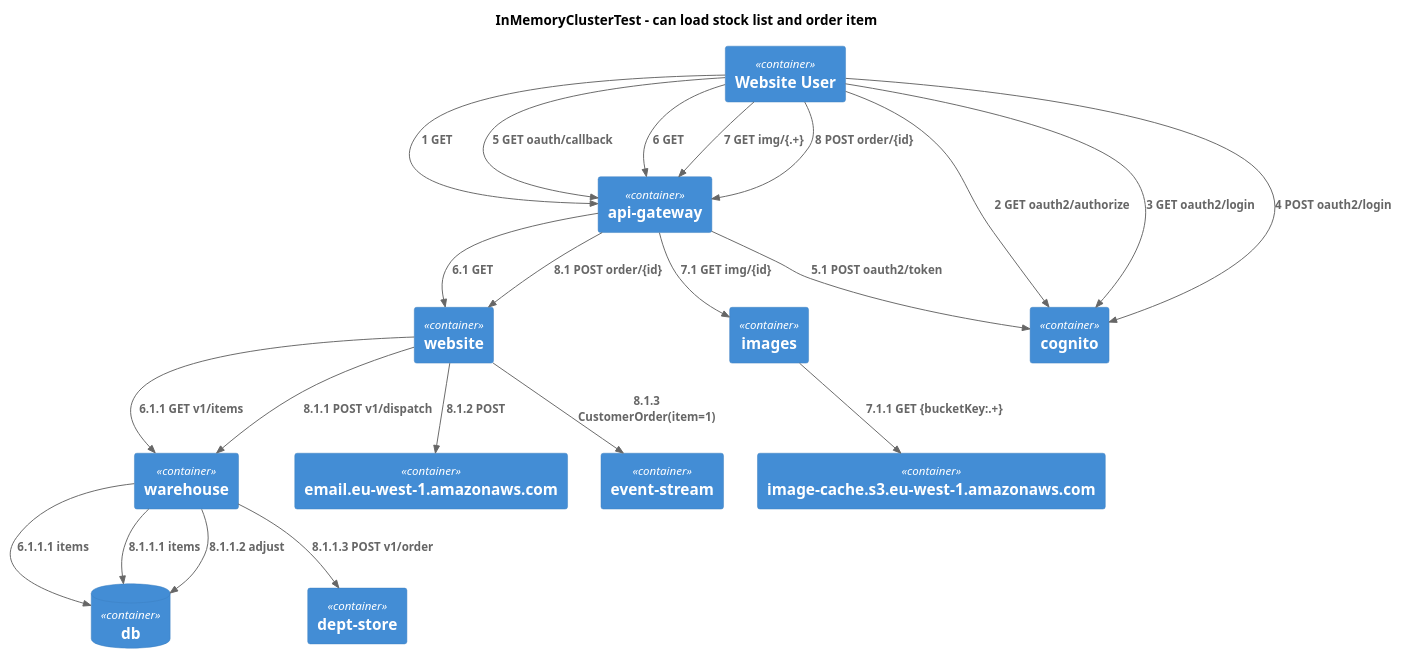
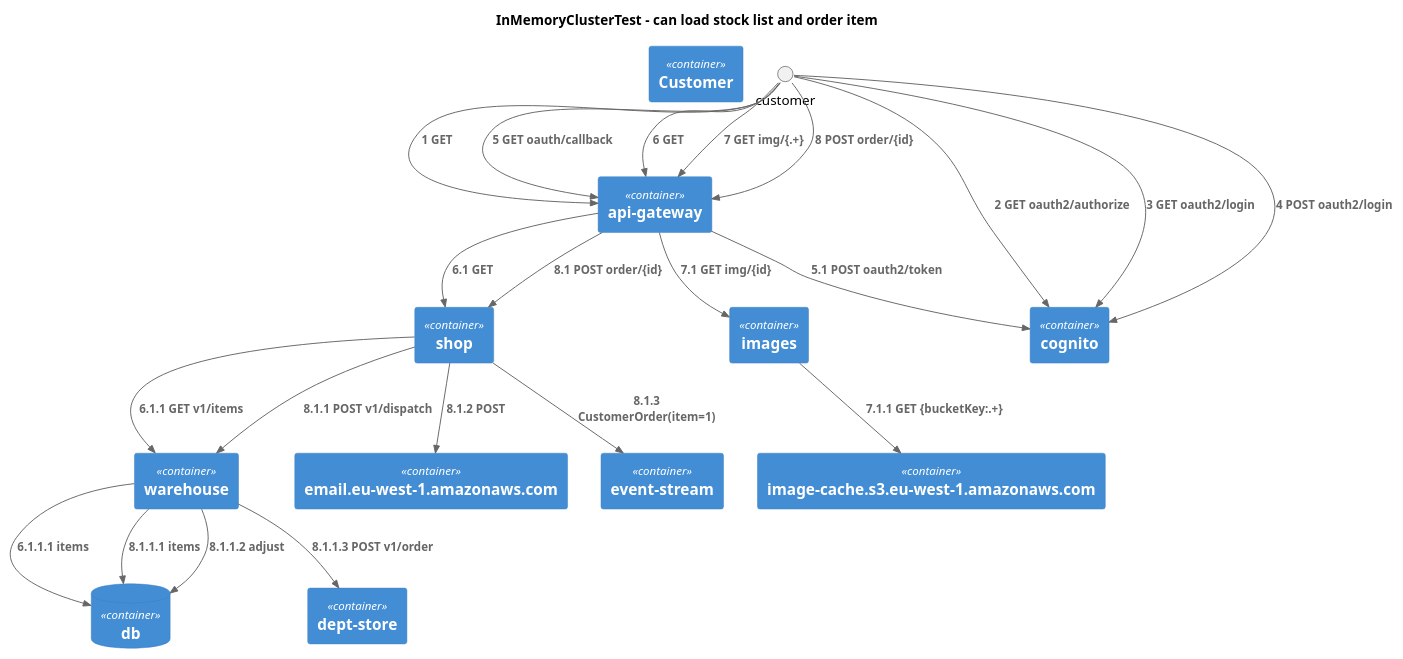
One commit to http4k/exploring-the-testing-hyperpyramid changed the diagram in .presentation/.generated/InMemoryClusterTest - can load stock list and order item - Flow.puml. Above: the diagram before and after it, drawn with PlantUML. The commit also changed 9 other files, not shown here.

Commit message:
rework diagrams

```diff
--- a/.presentation/.generated/InMemoryClusterTest - can load stock list and order item - Flow.puml
+++ b/.presentation/.generated/InMemoryClusterTest - can load stock list and order item - Flow.puml
@@ -1,39 +1,39 @@
 @startuml
 title InMemoryClusterTest - can load stock list and order item
 
 !include https://raw.githubusercontent.com/plantuml-stdlib/C4-PlantUML/master/C4_Container.puml
 
 
-Container(WebsiteUser, "Website User")
+Container(Customer, "Customer")
 Container(apigateway, "api-gateway")
-Container(website, "website")
+Container(shop, "shop")
 Container(warehouse, "warehouse")
 Container(images, "images")
 Container(cognito, "cognito")
 ContainerDb(db, "db")
 Container(imagecaches3euwest1amazonawscom, "image-cache.s3.eu-west-1.amazonaws.com")
 Container(deptstore, "dept-store")
 Container(emaileuwest1amazonawscom, "email.eu-west-1.amazonaws.com")
 Container(eventstream, "event-stream")    
-Rel_D(WebsiteUser, apigateway, "1 GET ")
-Rel_D(WebsiteUser, cognito, "2 GET oauth2/authorize")
-Rel_D(WebsiteUser, cognito, "3 GET oauth2/login")
-Rel_D(WebsiteUser, cognito, "4 POST oauth2/login")
-Rel_D(WebsiteUser, apigateway, "5 GET oauth/callback")
+Rel_D(customer, apigateway, "1 GET ")
+Rel_D(customer, cognito, "2 GET oauth2/authorize")
+Rel_D(customer, cognito, "3 GET oauth2/login")
+Rel_D(customer, cognito, "4 POST oauth2/login")
+Rel_D(customer, apigateway, "5 GET oauth/callback")
 Rel_D(apigateway, cognito, "5.1 POST oauth2/token")
-Rel_D(WebsiteUser, apigateway, "6 GET ")
-Rel_D(apigateway, website, "6.1 GET ")
-Rel_D(website, warehouse, "6.1.1 GET v1/items")
+Rel_D(customer, apigateway, "6 GET ")
+Rel_D(apigateway, shop, "6.1 GET ")
+Rel_D(shop, warehouse, "6.1.1 GET v1/items")
 Rel_D(warehouse, db, "6.1.1.1 items")
-Rel_D(WebsiteUser, apigateway, "7 GET img/{.+}")
+Rel_D(customer, apigateway, "7 GET img/{.+}")
 Rel_D(apigateway, images, "7.1 GET img/{id}")
 Rel_D(images, imagecaches3euwest1amazonawscom, "7.1.1 GET {bucketKey:.+}")
-Rel_D(WebsiteUser, apigateway, "8 POST order/{id}")
-Rel_D(apigateway, website, "8.1 POST order/{id}")
-Rel_D(website, warehouse, "8.1.1 POST v1/dispatch")
+Rel_D(customer, apigateway, "8 POST order/{id}")
+Rel_D(apigateway, shop, "8.1 POST order/{id}")
+Rel_D(shop, warehouse, "8.1.1 POST v1/dispatch")
 Rel_D(warehouse, db, "8.1.1.1 items")
 Rel_D(warehouse, db, "8.1.1.2 adjust")
 Rel_D(warehouse, deptstore, "8.1.1.3 POST v1/order")
-Rel_D(website, emaileuwest1amazonawscom, "8.1.2 POST ")
-Rel_D(website, eventstream, "8.1.3 CustomerOrder(item=1)")    
+Rel_D(shop, emaileuwest1amazonawscom, "8.1.2 POST ")
+Rel_D(shop, eventstream, "8.1.3 CustomerOrder(item=1)")
 @enduml
```
